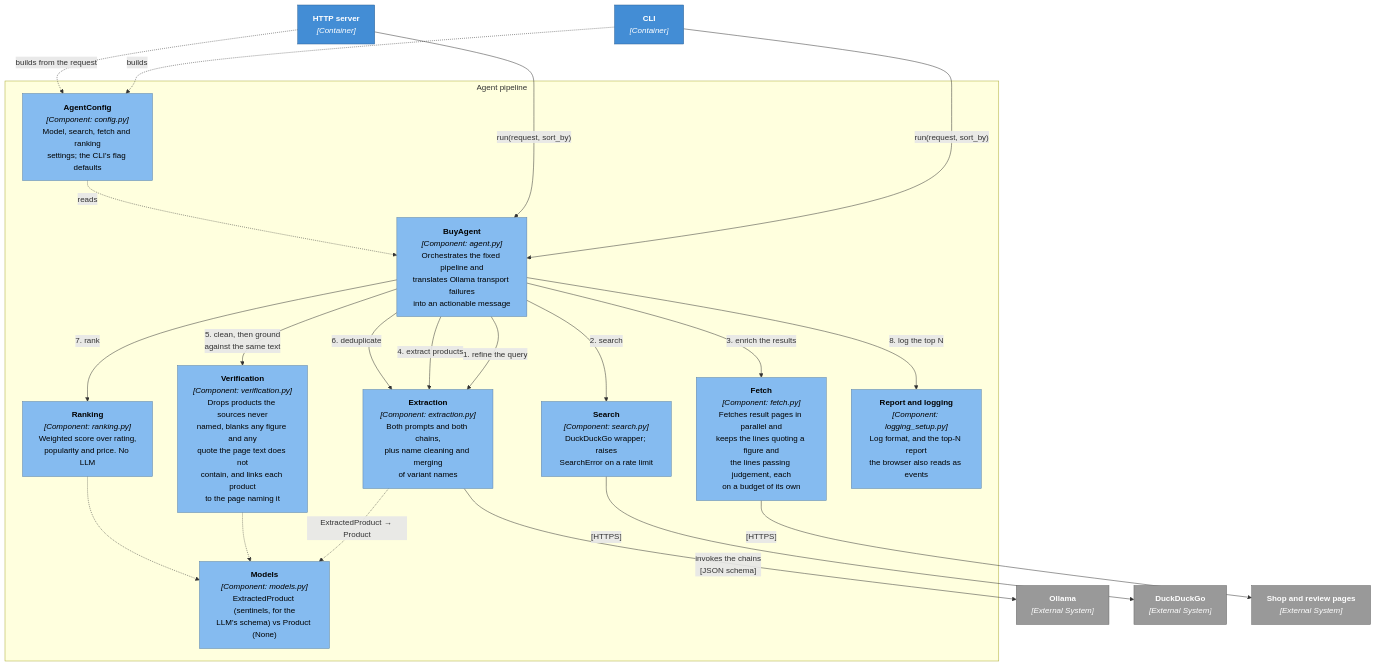
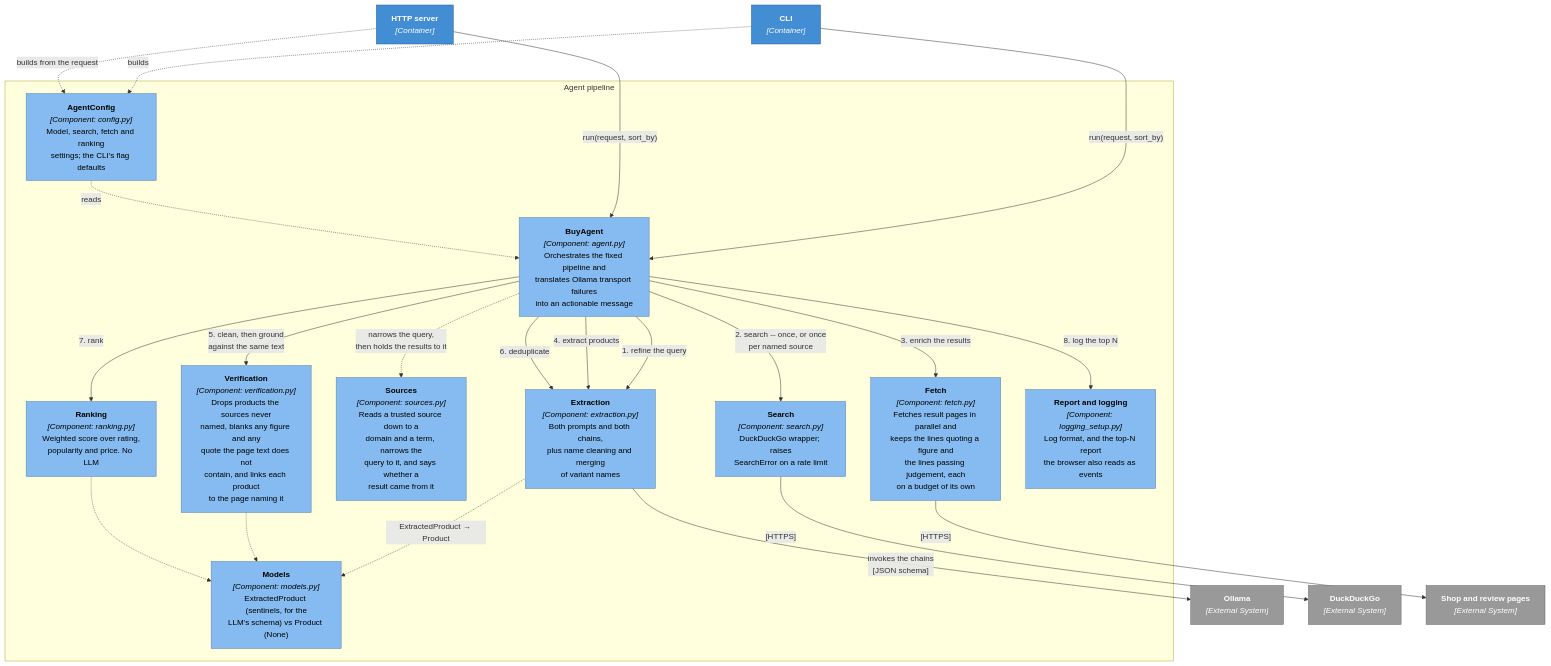
The third of 5 diagrams in docs/architecture.md (adamw7/buy_agent), drawn with Mermaid before and after one commit. The commit also changed other lines of this file and 20 other files, not shown here.

````diff
--- a/docs/architecture.md
+++ b/docs/architecture.md
@@ -100,50 +100,52 @@
 ```mermaid
 graph TB
     cli["<b>CLI</b><br/><i>[Container]</i>"]
     server["<b>HTTP server</b><br/><i>[Container]</i>"]
 
     subgraph pipeline["Agent pipeline"]
         agent["<b>BuyAgent</b><br/><i>[Component: agent.py]</i><br/>Orchestrates the fixed pipeline and<br/>translates Ollama transport failures<br/>into an actionable message"]
         config["<b>AgentConfig</b><br/><i>[Component: config.py]</i><br/>Model, search, fetch and ranking<br/>settings; the CLI's flag defaults"]
         extraction["<b>Extraction</b><br/><i>[Component: extraction.py]</i><br/>Both prompts and both chains,<br/>plus name cleaning and merging<br/>of variant names"]
         search["<b>Search</b><br/><i>[Component: search.py]</i><br/>DuckDuckGo wrapper; raises<br/>SearchError on a rate limit"]
+        sources["<b>Sources</b><br/><i>[Component: sources.py]</i><br/>Reads a trusted source down to a<br/>domain and a term, narrows the<br/>query to it, and says whether a<br/>result came from it"]
         fetch["<b>Fetch</b><br/><i>[Component: fetch.py]</i><br/>Fetches result pages in parallel and<br/>keeps the lines quoting a figure and<br/>the lines passing judgement, each<br/>on a budget of its own"]
         verification["<b>Verification</b><br/><i>[Component: verification.py]</i><br/>Drops products the sources never<br/>named, blanks any figure and any<br/>quote the page text does not<br/>contain, and links each product<br/>to the page naming it"]
         ranking["<b>Ranking</b><br/><i>[Component: ranking.py]</i><br/>Weighted score over rating,<br/>popularity and price. No LLM"]
         models["<b>Models</b><br/><i>[Component: models.py]</i><br/>ExtractedProduct (sentinels, for the<br/>LLM's schema) vs Product (None)"]
         logsetup["<b>Report and logging</b><br/><i>[Component: logging_setup.py]</i><br/>Log format, and the top-N report<br/>the browser also reads as events"]
     end
 
     ollama["<b>Ollama</b><br/><i>[External System]</i>"]
     ddg["<b>DuckDuckGo</b><br/><i>[External System]</i>"]
     shops["<b>Shop and review pages</b><br/><i>[External System]</i>"]
 
     cli -->|"run(request, sort_by)"| agent
     server -->|"run(request, sort_by)"| agent
     cli -.->|"builds"| config
     server -.->|"builds from the request"| config
     config -.->|"reads"| agent
 
     agent -->|"1. refine the query"| extraction
-    agent -->|"2. search"| search
+    agent -->|"2. search -- once, or once<br/>per named source"| search
+    agent -.->|"narrows the query,<br/>then holds the results to it"| sources
     agent -->|"3. enrich the results"| fetch
     agent -->|"4. extract products"| extraction
     agent -->|"5. clean, then ground<br/>against the same text"| verification
     agent -->|"6. deduplicate"| extraction
     agent -->|"7. rank"| ranking
     agent -->|"8. log the top N"| logsetup
 
     extraction -->|"invokes the chains<br/>[JSON schema]"| ollama
     search -->|"[HTTPS]"| ddg
     fetch -->|"[HTTPS]"| shops
     extraction -.->|"ExtractedProduct → Product"| models
     verification -.-> models
     ranking -.-> models
 
     classDef container fill:#438dd5,stroke:#2e6295,color:#fff
     classDef component fill:#85bbf0,stroke:#5d82a8,color:#000
     classDef external fill:#999,stroke:#6b6b6b,color:#fff
     class cli,server container
-    class agent,config,extraction,search,fetch,verification,ranking,models,logsetup component
+    class agent,config,extraction,search,sources,fetch,verification,ranking,models,logsetup component
     class ollama,ddg,shops external
 ```
````
